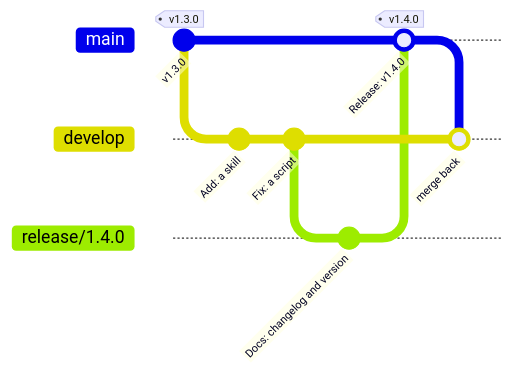
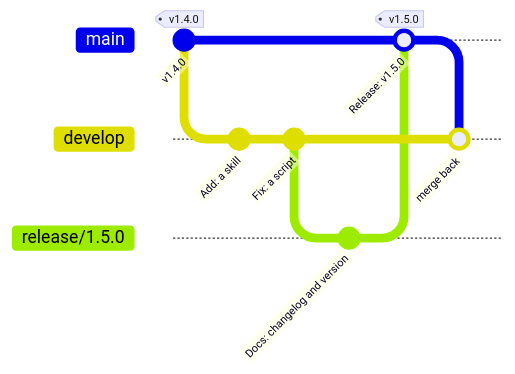
The diagram in docs/project/releasing.md (nickyjacobs/NEST), drawn with Mermaid before and after one commit. The commit also changed other lines of this file and 13 other files, not shown here.

````diff
--- a/docs/project/releasing.md
+++ b/docs/project/releasing.md
@@ -10,13 +10,13 @@
 ```mermaid
 gitGraph
-    commit id: "v1.3.0" tag: "v1.3.0"
+    commit id: "v1.4.0" tag: "v1.4.0"
     branch develop
     commit id: "Add: a skill"
     commit id: "Fix: a script"
-    branch release/1.4.0
+    branch release/1.5.0
     commit id: "Docs: changelog and version"
     checkout main
-    merge release/1.4.0 id: "Release: v1.4.0" tag: "v1.4.0"
+    merge release/1.5.0 id: "Release: v1.5.0" tag: "v1.5.0"
     checkout develop
     merge main id: "merge back"
 ```
````
